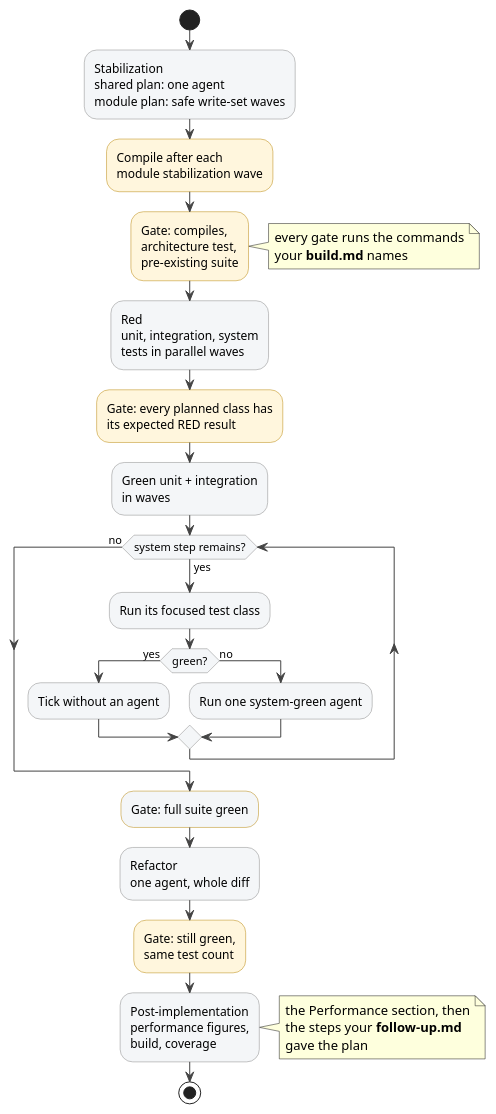
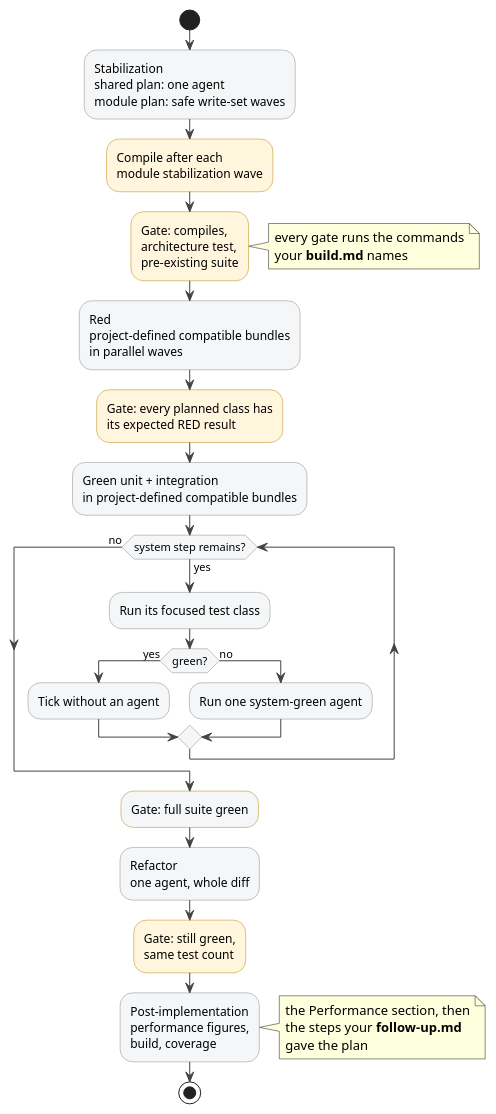
One commit to ds-usova/tdd-sdlc changed the diagram in docs/diagrams/implement-plan-pipeline.puml. Above: the diagram before and after it, drawn with PlantUML. The commit also changed 28 other files, not shown here.

```diff
--- a/docs/diagrams/implement-plan-pipeline.puml
+++ b/docs/diagrams/implement-plan-pipeline.puml
@@ -1,58 +1,58 @@
 @startuml implement-plan-pipeline
 skinparam defaultFontName Helvetica
 skinparam shadowing false
 skinparam ActivityBackgroundColor #F4F6F8
 skinparam ActivityBorderColor #888
 skinparam ArrowColor #444
 <style>
 activityDiagram {
   .gate {
     BackgroundColor #FFF6DD
     LineColor #B8860B
   }
 }
 </style>
 
 start
 :Stabilization
 shared plan: one agent
 module plan: safe write-set waves;
 :Compile after each
 module stabilization wave;<<gate>>
 :Gate: compiles,
 architecture test,
 pre-existing suite;<<gate>>
 note right
   every gate runs the commands
   your **build.md** names
 end note
 :Red
-unit, integration, system
-tests in parallel waves;
+project-defined compatible bundles
+in parallel waves;
 :Gate: every planned class has
 its expected RED result;<<gate>>
 :Green unit + integration
-in waves;
+in project-defined compatible bundles;
 while (system step remains?) is (yes)
   :Run its focused test class;
   if (green?) then (yes)
     :Tick without an agent;
   else (no)
     :Run one system-green agent;
   endif
 endwhile (no)
 :Gate: full suite green;<<gate>>
 :Refactor
 one agent, whole diff;
 :Gate: still green,
 same test count;<<gate>>
 :Post-implementation
 performance figures,
 build, coverage;
 note right
   the Performance section, then
   the steps your **follow-up.md**
   gave the plan
 end note
 stop
 @enduml
```
